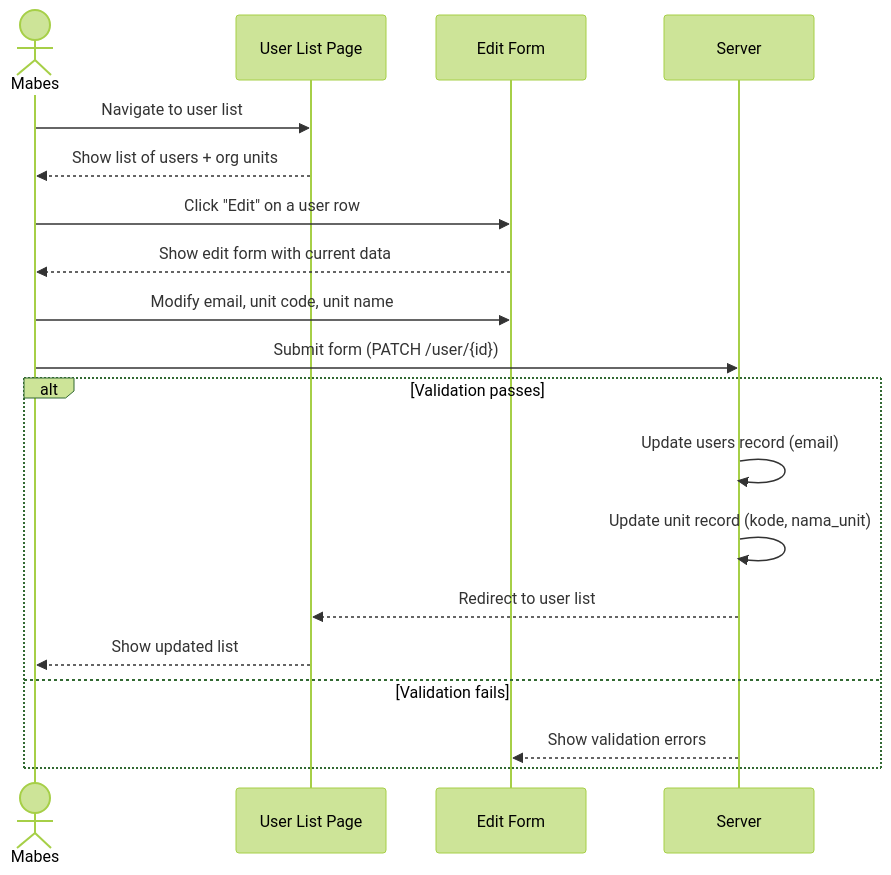
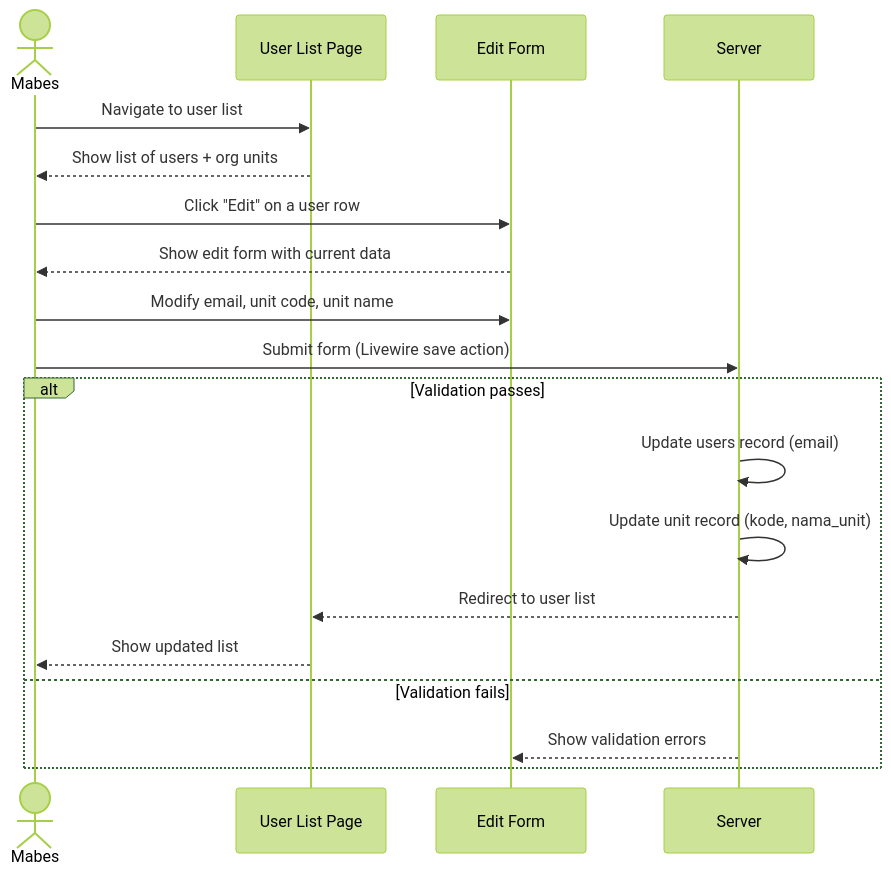
Before and after one commit to lamaccatech/e-hibah-polri: the second of 4 diagrams in specs/features/user-management.md, drawn with Mermaid (forest theme). The commit also changed other lines of this file and 7 other files, not shown here.

````diff
--- a/specs/features/user-management.md
+++ b/specs/features/user-management.md
@@ -93,23 +95,23 @@
 ```mermaid
 sequenceDiagram
     actor M as Mabes
     participant UI as User List Page
     participant F as Edit Form
     participant S as Server
 
     M->>UI: Navigate to user list
     UI-->>M: Show list of users + org units
     M->>F: Click "Edit" on a user row
     F-->>M: Show edit form with current data
     M->>F: Modify email, unit code, unit name
-    M->>S: Submit form (PATCH /user/{id})
+    M->>S: Submit form (Livewire save action)
 
     alt Validation passes
         S->>S: Update users record (email)
         S->>S: Update unit record (kode, nama_unit)
         S-->>UI: Redirect to user list
         UI-->>M: Show updated list
     else Validation fails
         S-->>F: Show validation errors
     end
 ```
````
